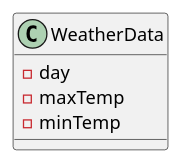
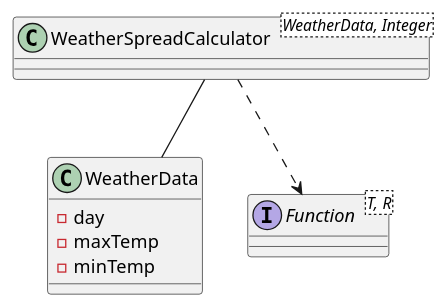
One commit to boogey/programming-challenge changed the diagram in doc/weather.puml. Above: the diagram before and after it, drawn with PlantUML.

Commit message:
doc: extend class diagramm with analyzer
The next step from my point of view is the data analyzer of the WeatherData. Based on the task, the smallest temperature spread.

Hint: Could be improved as inline lambda function, cause Function is a functional interface from java 8

```diff
--- a/doc/weather.puml
+++ b/doc/weather.puml
@@ -1,9 +1,15 @@
 @startuml
 
 class WeatherData {
   - day
   - maxTemp
   - minTemp
 }
 
+class WeatherSpreadCalculator<WeatherData, Integer>
+interface Function<T, R>
+
+WeatherSpreadCalculator ..> Function
+WeatherSpreadCalculator -- WeatherData
+
 @enduml
```
